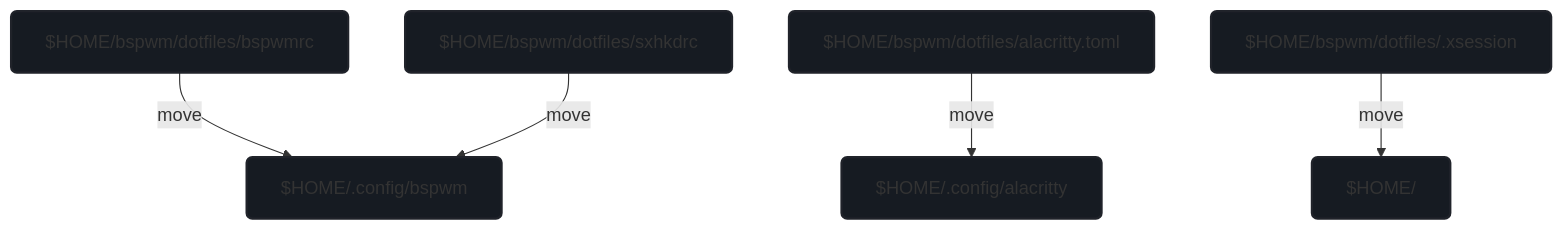
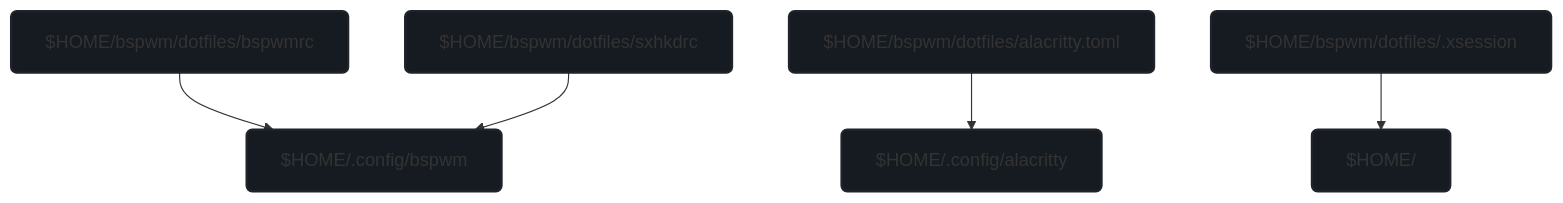
One commit to driversline/dotfiles changed the diagram in README.md. Above: the diagram before and after it, drawn with Mermaid.

````diff
--- a/README.md
+++ b/README.md
@@ -9,15 +9,15 @@
 ```mermaid
 graph TD;
     style bspwmrc fill:#161b22,stroke:#20232a,stroke-width:2px,rx:5,ry:5;
     style sxhkdrc fill:#161b22,stroke:#20232a,stroke-width:2px,rx:5,ry:5;
     style alacritty_toml fill:#161b22,stroke:#20232a,stroke-width:2px,rx:5,ry:5;
     style xsession fill:#161b22,stroke:#20232a,stroke-width:2px,rx:5,ry:5;
     style bspwm_config fill:#161b22,stroke:#20232a,stroke-width:2px,rx:5,ry:5;
     style alacritty_config fill:#161b22,stroke:#20232a,stroke-width:2px,rx:5,ry:5;
     style home fill:#161b22,stroke:#20232a,stroke-width:2px,rx:5,ry:5;
 
-    bspwmrc["$HOME/bspwm/dotfiles/bspwmrc"] -->|move| bspwm_config["$HOME/.config/bspwm"]
-    sxhkdrc["$HOME/bspwm/dotfiles/sxhkdrc"] -->|move| bspwm_config
-    alacritty_toml["$HOME/bspwm/dotfiles/alacritty.toml"] -->|move| alacritty_config["$HOME/.config/alacritty"]
-    xsession["$HOME/bspwm/dotfiles/.xsession"] -->|move| home["$HOME/"]
+    bspwmrc["$HOME/bspwm/dotfiles/bspwmrc"] --> bspwm_config["$HOME/.config/bspwm"]
+    sxhkdrc["$HOME/bspwm/dotfiles/sxhkdrc"] --> bspwm_config
+    alacritty_toml["$HOME/bspwm/dotfiles/alacritty.toml"] --> alacritty_config["$HOME/.config/alacritty"]
+    xsession["$HOME/bspwm/dotfiles/.xsession"] --> home["$HOME/"]
 ```
````
